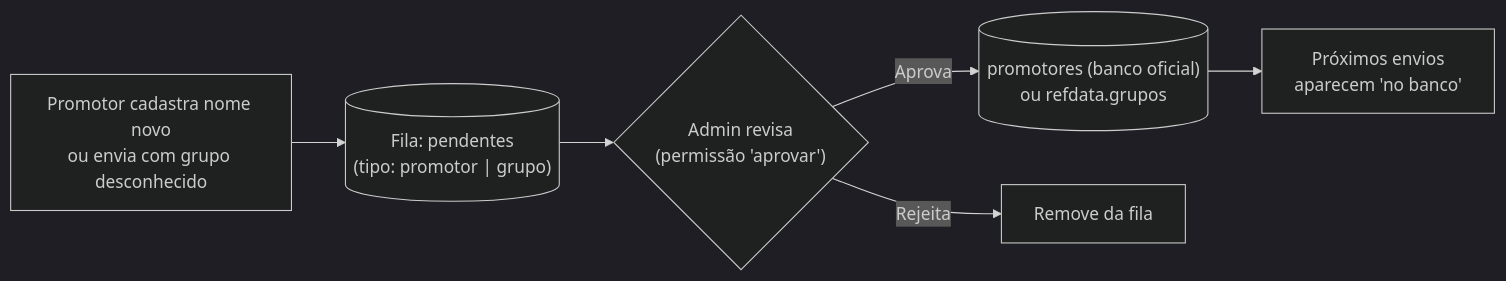
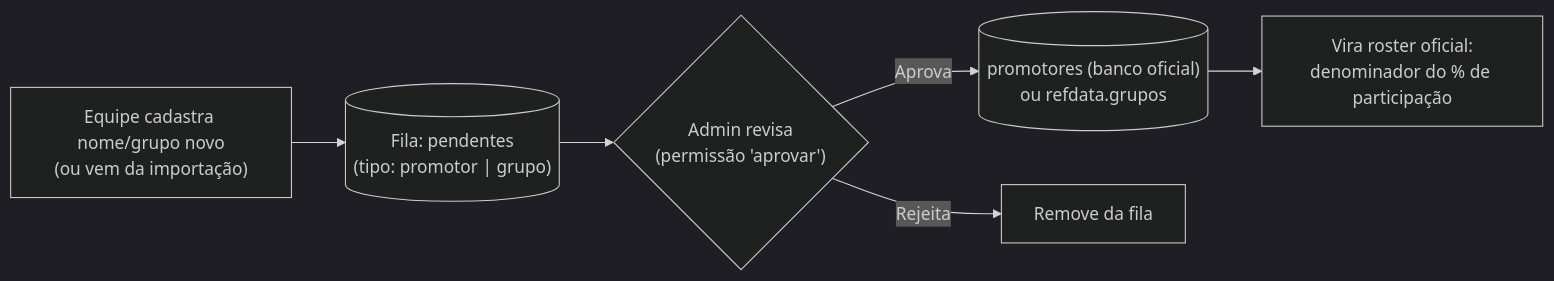
The second of 5 diagrams in docs/04-fluxos-bpmn.md (Vaniteux2006/pdv_memphis), drawn with Mermaid (dark theme) before and after one commit. The commit also changed other lines of this file and 7 other files, not shown here.

````diff
--- a/docs/04-fluxos-bpmn.md
+++ b/docs/04-fluxos-bpmn.md
@@ -64,8 +67,8 @@
 ```mermaid
 flowchart LR
-  P1["Promotor cadastra nome novo<br/>ou envia com grupo desconhecido"] --> Q[("Fila: pendentes<br/>(tipo: promotor | grupo)")]
+  P1["Equipe cadastra nome/grupo novo<br/>(ou vem da importação)"] --> Q[("Fila: pendentes<br/>(tipo: promotor | grupo)")]
   Q --> AD{"Admin revisa<br/>(permissão 'aprovar')"}
   AD -- Aprova --> BANCO[("promotores (banco oficial)<br/>ou refdata.grupos")]
   AD -- Rejeita --> X["Remove da fila"]
-  BANCO --> OK["Próximos envios<br/>aparecem 'no banco'"]
+  BANCO --> OK["Vira roster oficial:<br/>denominador do % de participação"]
 ```
````
